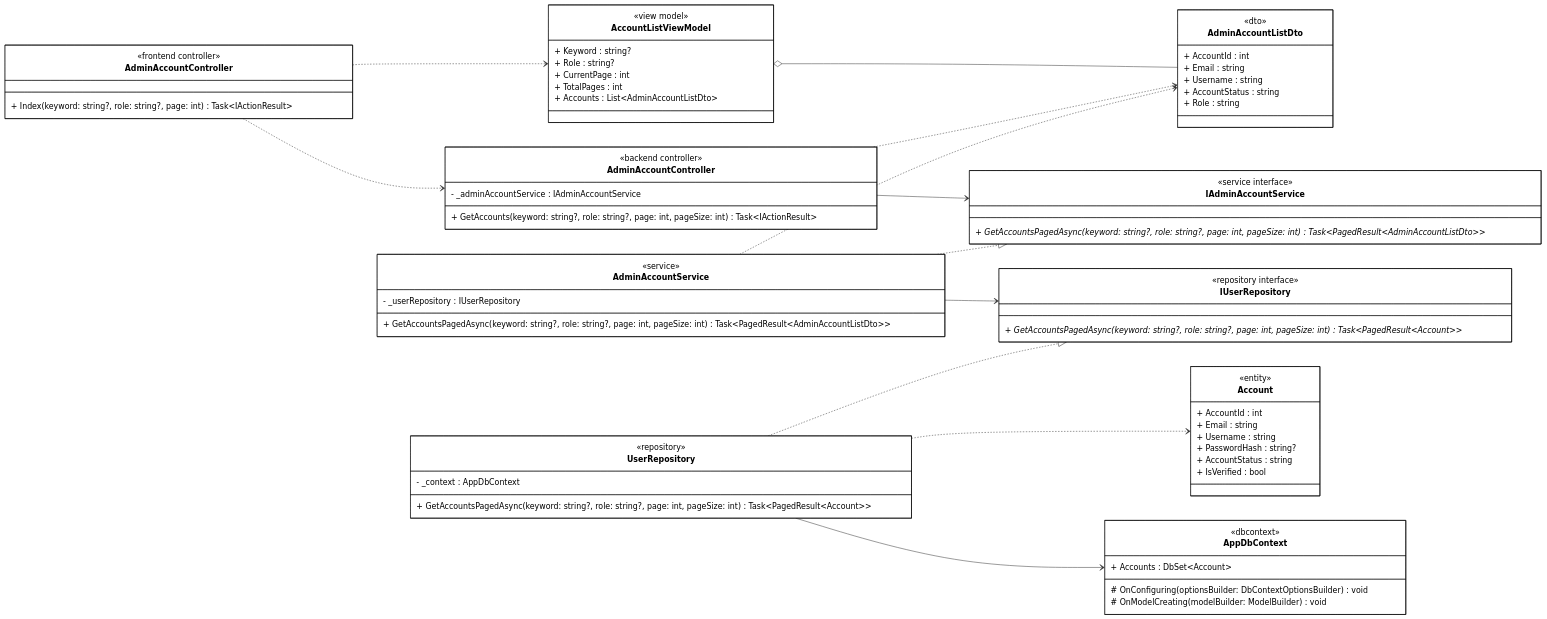
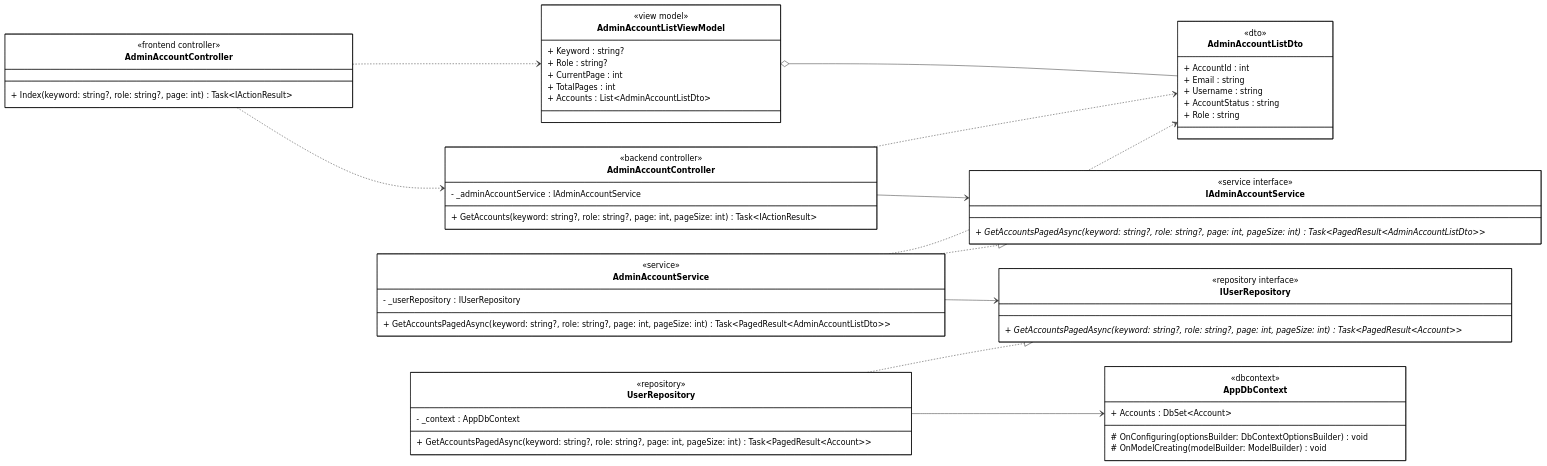
One commit to 1000do/Linked changed the diagram in diagrams/class_mermaid/manage_account/cls_mm_view_account_list.mmd. Above: the diagram before and after it, drawn with Mermaid. The commit also changed 28 other files, not shown here.

Commit message:
fix class synced sequence

```diff
--- a/diagrams/class_mermaid/manage_account/cls_mm_view_account_list.mmd
+++ b/diagrams/class_mermaid/manage_account/cls_mm_view_account_list.mmd
@@ -1,117 +1,104 @@
 classDiagram
 direction LR
 
 %% ==================== FRONTEND ====================
 
 class AdminAccountControllerFE["AdminAccountController"] {
     <<frontend controller>>
     + Index(keyword: string?, role: string?, page: int) Task~IActionResult~
 }
 
-class AccountListViewModel {
+class AdminAccountListViewModel {
     <<view model>>
     + Keyword : string?
     + Role : string?
     + CurrentPage : int
     + TotalPages : int
     + Accounts : List~AdminAccountListDto~
 }
 
 %% ==================== BACKEND - CONTROLLER ====================
 
 class AdminAccountControllerBE["AdminAccountController"] {
     <<backend controller>>
     - _adminAccountService : IAdminAccountService
     
     + GetAccounts(keyword: string?, role: string?, page: int, pageSize: int) Task~IActionResult~
 }
 
 %% ==================== BACKEND - DTOs ====================
 
 
 
 class AdminAccountListDto {
     <<dto>>
     + AccountId : int
     + Email : string
     + Username : string
     + AccountStatus : string
     + Role : string
-}
-
-%% ==================== BACKEND - DOMAIN ENTITIES ====================
-
-class Account {
-    <<entity>>
-    + AccountId : int
-    + Email : string
-    + Username : string
-    + PasswordHash : string?
-    + AccountStatus : string
-    + IsVerified : bool
 }
 
 %% ==================== BACKEND - SERVICE INTERFACES ====================
 
 class IAdminAccountService {
     <<service interface>>
     + GetAccountsPagedAsync(keyword: string?, role: string?, page: int, pageSize: int) Task~PagedResult~AdminAccountListDto~~ *
 }
 
 class IUserRepository {
     <<repository interface>>
     + GetAccountsPagedAsync(keyword: string?, role: string?, page: int, pageSize: int) Task~PagedResult~Account~~ *
 }
 
 %% ==================== BACKEND - SERVICE IMPLEMENTATION ====================
 
 class AdminAccountService {
     <<service>>
     - _userRepository : IUserRepository
     
     + GetAccountsPagedAsync(keyword: string?, role: string?, page: int, pageSize: int) Task~PagedResult~AdminAccountListDto~~
 }
 
 %% ==================== BACKEND - REPOSITORY IMPLEMENTATION ====================
 
 class UserRepository {
     <<repository>>
     - _context : AppDbContext
     
     + GetAccountsPagedAsync(keyword: string?, role: string?, page: int, pageSize: int) Task~PagedResult~Account~~
 }
 
 %% ==================== BACKEND - DbContext ====================
 
 class AppDbContext {
     <<dbcontext>>
     + Accounts : DbSet~Account~
     
     # OnConfiguring(optionsBuilder: DbContextOptionsBuilder) void
     # OnModelCreating(modelBuilder: ModelBuilder) void
 }
 
 %% ==================== RELATIONSHIPS ====================
 
 %% === AGGREGATION (hollow diamond) ===
-AccountListViewModel o-- AdminAccountListDto
+AdminAccountListViewModel o-- AdminAccountListDto
 
 %% === UNIDIRECTIONAL ASSOCIATION (solid arrow) ===
 AdminAccountControllerBE --> IAdminAccountService
 AdminAccountService --> IUserRepository
 UserRepository --> AppDbContext
 
 %% === INTERFACE REALIZATION ===
 AdminAccountService ..|> IAdminAccountService
 UserRepository ..|> IUserRepository
 
 %% === DEPENDENCY (dashed arrows) ===
 AdminAccountControllerFE ..> AdminAccountControllerBE
-AdminAccountControllerFE ..> AccountListViewModel
+AdminAccountControllerFE ..> AdminAccountListViewModel
 AdminAccountControllerBE ..> AdminAccountListDto
 AdminAccountService ..> AdminAccountListDto
-UserRepository ..> Account
 
 %% ==================== STYLES ====================
 
 classDef default fill:#FFFFFF,stroke:#000000,stroke-width:1px,color:#000000
```
